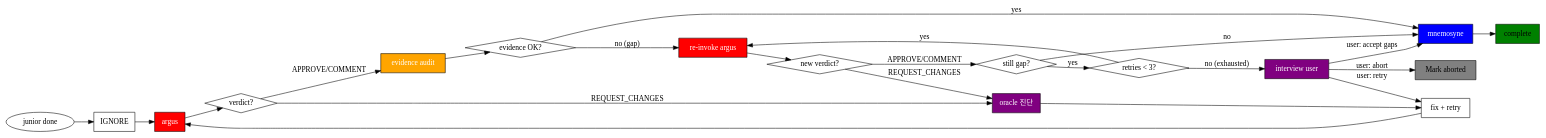
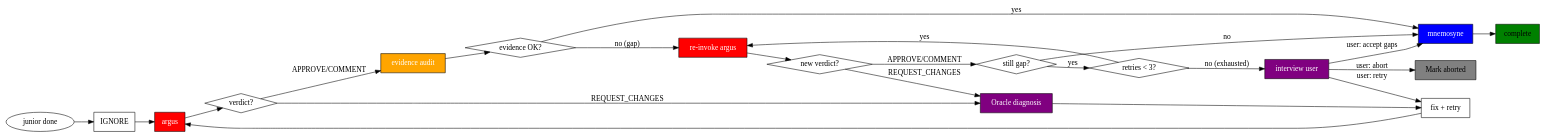
Before and after one commit to toongri/oh-my-toong-playground: the diagram in skills/sisyphus/verification.md, drawn with Graphviz. The commit also changed other lines of this file and 1 other file, not shown here.

````diff
--- a/skills/sisyphus/verification.md
+++ b/skills/sisyphus/verification.md
@@ -7,42 +7,42 @@
 ```dot
 digraph verification_flow {
     rankdir=LR;
     "junior done" [shape=ellipse];
     "IGNORE" [shape=box];
     "argus" [shape=box, style=filled, fillcolor=red, fontcolor=white];
     "verdict?" [shape=diamond];
     "evidence audit" [shape=box, style=filled, fillcolor=orange, fontcolor=white];
     "evidence OK?" [shape=diamond];
     "re-invoke argus" [shape=box, style=filled, fillcolor=red, fontcolor=white];
     "new verdict?" [shape=diamond];
     "still gap?" [shape=diamond];
     "retries < 3?" [shape=diamond];
     "interview user" [shape=box, style=filled, fillcolor=purple, fontcolor=white];
-    "oracle 진단" [shape=box, style=filled, fillcolor=purple, fontcolor=white];
+    "Oracle diagnosis" [shape=box, style=filled, fillcolor=purple, fontcolor=white];
     "mnemosyne" [shape=box, style=filled, fillcolor=blue, fontcolor=white];
     "complete" [shape=box, style=filled, fillcolor=green];
     "fix + retry" [shape=box];
 
     "junior done" -> "IGNORE" -> "argus" -> "verdict?";
-    "verdict?" -> "oracle 진단" [label="REQUEST_CHANGES"];
-    "oracle 진단" -> "fix + retry";
+    "verdict?" -> "Oracle diagnosis" [label="REQUEST_CHANGES"];
+    "Oracle diagnosis" -> "fix + retry";
     "verdict?" -> "evidence audit" [label="APPROVE/COMMENT"];
     "evidence audit" -> "evidence OK?";
     "evidence OK?" -> "mnemosyne" [label="yes"];
     "evidence OK?" -> "re-invoke argus" [label="no (gap)"];
     "re-invoke argus" -> "new verdict?";
-    "new verdict?" -> "oracle 진단" [label="REQUEST_CHANGES"];
+    "new verdict?" -> "Oracle diagnosis" [label="REQUEST_CHANGES"];
     "new verdict?" -> "still gap?" [label="APPROVE/COMMENT"];
     "still gap?" -> "mnemosyne" [label="no"];
     "still gap?" -> "retries < 3?" [label="yes"];
     "retries < 3?" -> "re-invoke argus" [label="yes"];
     "retries < 3?" -> "interview user" [label="no (exhausted)"];
     "mnemosyne" -> "complete";
     "fix + retry" -> "argus";
     "Mark aborted" [shape=box, style=filled, fillcolor=gray];
 
     "interview user" -> "fix + retry" [label="user: retry"];
     "interview user" -> "mnemosyne" [label="user: accept gaps"];
     "interview user" -> "Mark aborted" [label="user: abort"];
 }
 ```
````
